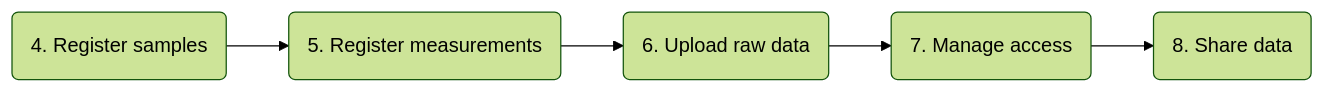
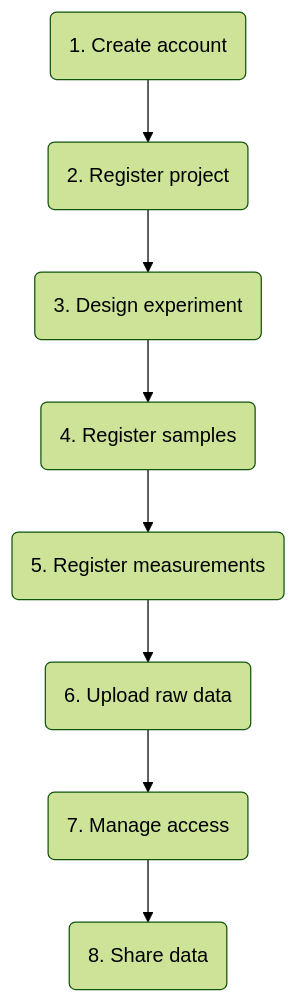
One commit to qbicsoftware/research-data-management changed the diagram in docs/get_started/process_overview.md. Above: the diagram before and after it, drawn with Mermaid (forest theme). The commit also changed other lines of this file and 1 other file, not shown here.

Commit message:
docs: vertical centred process overview diagram and centre all mermaid diagrams
- Replace two-row LR layout with single vertical TD flow for better readability
- Add CSS to centre all mermaid diagrams on the page

````diff
--- a/docs/get_started/process_overview.md
+++ b/docs/get_started/process_overview.md
@@ -12,7 +5,10 @@
 ```mermaid
-graph LR
-    D(4. Register samples) --> E(5. Register measurements)
+graph TD
+    A(1. Create account) --> B(2. Register project)
+    B --> C(3. Design experiment)
+    C --> D(4. Register samples)
+    D --> E(5. Register measurements)
     E --> F(6. Upload raw data)
     F --> G(7. Manage access)
     G --> H(8. Share data)
 ```
````
